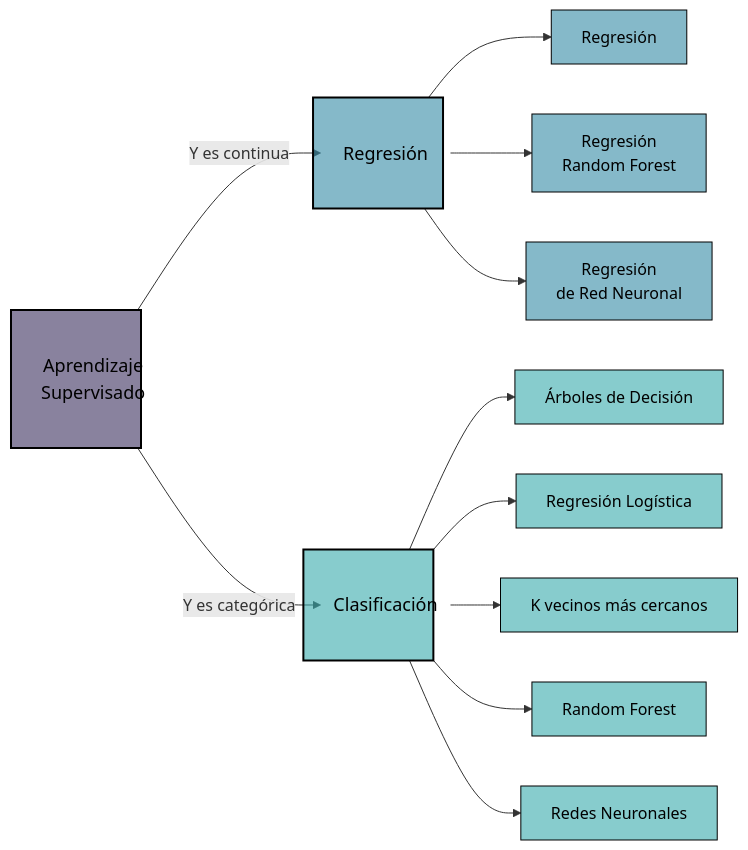
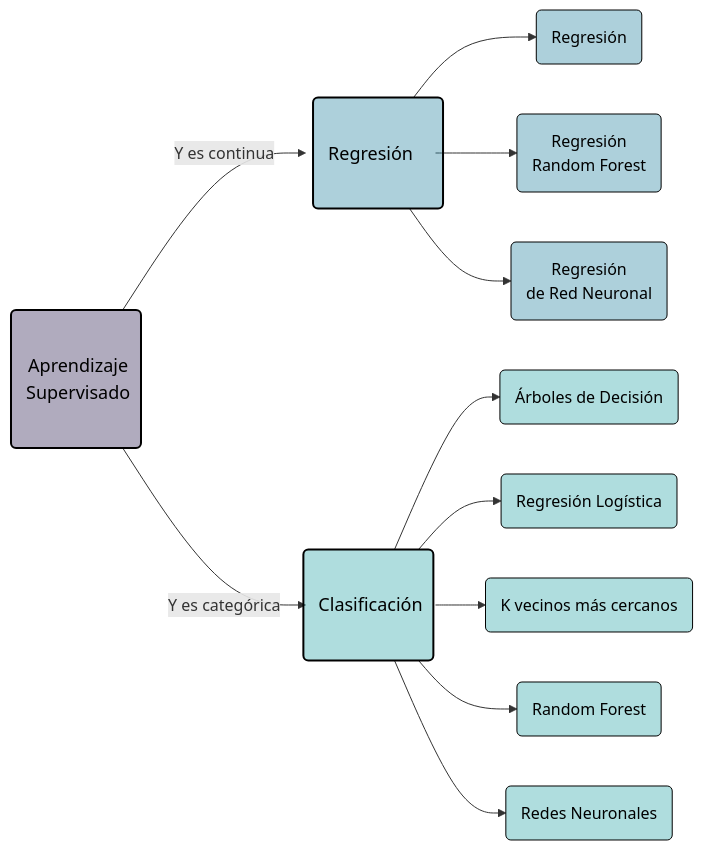
Before and after one commit to maRce10/aprendizaje_estadistico_2024: the sixth of 7 diagrams in Diagrama.qmd, drawn with Mermaid. The commit also changed other lines of this file and 18 other files, not shown here.

Commit message:
fix diagrams

````diff
--- a/Diagrama.qmd
+++ b/Diagrama.qmd
@@ -113,34 +118,34 @@
 ```{mermaid}
 flowchart LR
     classDef largeText font-size:18px, padding:15px;
 
-    S[Aprendizaje\nSupervisado] -->|Y es continua| Reg[Regresión]
-    S -->|Y es categórica| Class[Clasificación]
+    S(Aprendizaje\nSupervisado) -->|Y es continua| Reg(Regresión)
+    S -->|Y es categórica| Class(Clasificación)
 
-    Reg --> Regr[Regresión]
-    Reg --> RFR[Regresión\nRandom Forest]
-    Reg --> NNR[Regresión\nde Red Neuronal]
+    Reg --> Regr(Regresión)
+    Reg --> RFR(Regresión\nRandom Forest)
+    Reg --> NNR(Regresión\nde Red Neuronal)
 
-    Class --> DT[Árboles de Decisión]
-    Class --> RL[Regresión Logística]
-    Class --> KNN[K vecinos más cercanos]
-    Class --> RF[Random Forest]
-    Class --> NN[Redes Neuronales]
+    Class --> DT(Árboles de Decisión)
+    Class --> RL(Regresión Logística)
+    Class --> KNN(K vecinos más cercanos)
+    Class --> RF(Random Forest)
+    Class --> NN(Redes Neuronales)
 
     class S,Reg,Class largeText;
 
-    style S fill:#3B2F5E99, stroke:#000, width:130px, stroke-width:2px, color:#000, text-align:center;
-    style Reg fill:#348AA699, stroke:#000, width:130px, stroke-width:2px, color:#000, text-align:center;
-    style Class fill:#38AAAC99, stroke:#000, width:130px, stroke-width:2px, color:#000, text-align:center;
+    style S fill:#3B2F5E66, stroke:#000, width:130px, stroke-width:2px, color:#000, text-align:center;
+    style Reg fill:#348AA666, stroke:#000, width:130px, stroke-width:2px, color:#000, text-align:center;
+    style Class fill:#38AAAC66, stroke:#000, width:130px, stroke-width:2px, color:#000, text-align:center;
 
-    style Regr fill:#348AA699, stroke:#000, stroke-width:1px, color:#000, text-align:center;
-    style RFR fill:#348AA699, stroke:#000, stroke-width:1px, color:#000, text-align:center;
-    style NNR fill:#348AA699, stroke:#000, stroke-width:1px, color:#000, text-align:center;
+    style Regr fill:#348AA666, stroke:#000, stroke-width:1px, color:#000, text-align:center;
+    style RFR fill:#348AA666, stroke:#000, stroke-width:1px, color:#000, text-align:center;
+    style NNR fill:#348AA666, stroke:#000, stroke-width:1px, color:#000, text-align:center;
 
-    style DT fill:#38AAAC99, stroke:#000, stroke-width:1px, color:#000, text-align:center;
-    style RL fill:#38AAAC99, stroke:#000, stroke-width:1px, color:#000, text-align:center;
-    style KNN fill:#38AAAC99, stroke:#000, stroke-width:1px, color:#000, text-align:center;
-    style RF fill:#38AAAC99, stroke:#000, stroke-width:1px, color:#000, text-align:center;
-    style NN fill:#38AAAC99, stroke:#000, stroke-width:1px, color:#000, text-align:center;
+    style DT fill:#38AAAC66, stroke:#000, stroke-width:1px, color:#000, text-align:center;
+    style RL fill:#38AAAC66, stroke:#000, stroke-width:1px, color:#000, text-align:center;
+    style KNN fill:#38AAAC66, stroke:#000, stroke-width:1px, color:#000, text-align:center;
+    style RF fill:#38AAAC66, stroke:#000, stroke-width:1px, color:#000, text-align:center;
+    style NN fill:#38AAAC66, stroke:#000, stroke-width:1px, color:#000, text-align:center;
 
 ```
````
